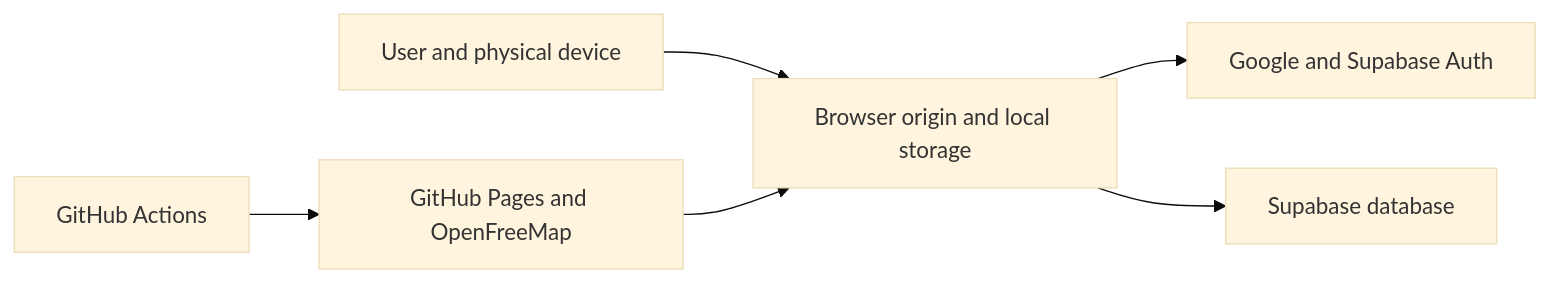
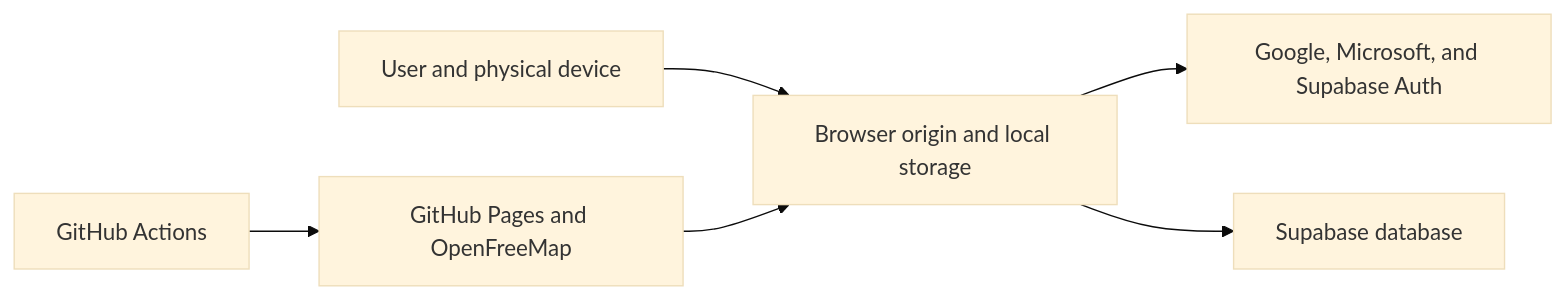
One commit to MadCowDevelopment/veloterra changed the diagram in Architecture/4-System-Scope-and-Context/4.3-Trust-Zones.md. Above: the diagram before and after it, drawn with Mermaid (base theme). The commit also changed 19 other files, not shown here.

Commit message:
feat: add Microsoft OAuth support alongside Google for enhanced authentication options

````diff
--- a/Architecture/4-System-Scope-and-Context/4.3-Trust-Zones.md
+++ b/Architecture/4-System-Scope-and-Context/4.3-Trust-Zones.md
@@ -9,15 +9,15 @@
 ```mermaid
 graph LR
     User[User and physical device]
     Browser[Browser origin and local storage]
     CDN[GitHub Pages and OpenFreeMap]
-    Identity[Google and Supabase Auth]
+    Identity[Google, Microsoft, and Supabase Auth]
     Cloud[Supabase database]
     CI[GitHub Actions]
 
     User --> Browser
     CDN --> Browser
     Browser --> Identity
     Browser --> Cloud
     CI --> CDN
 ```
````
